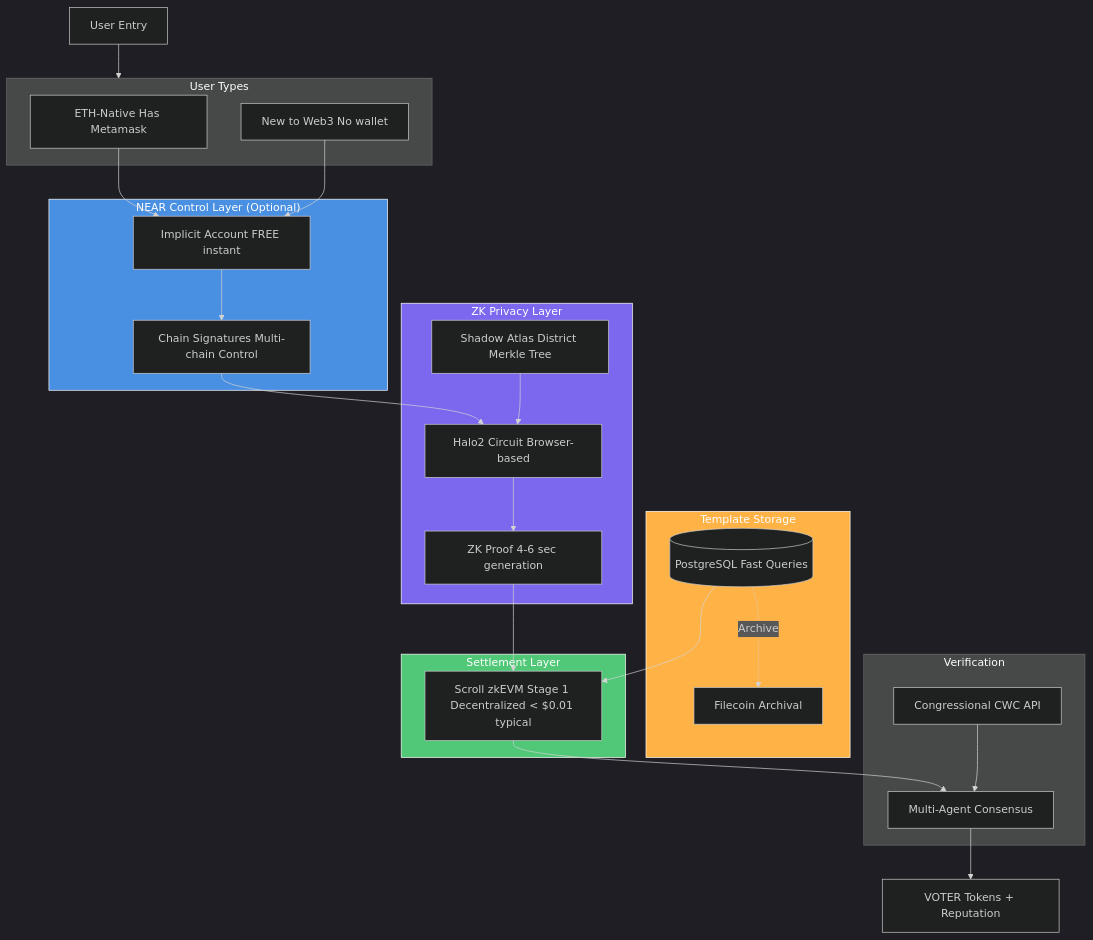
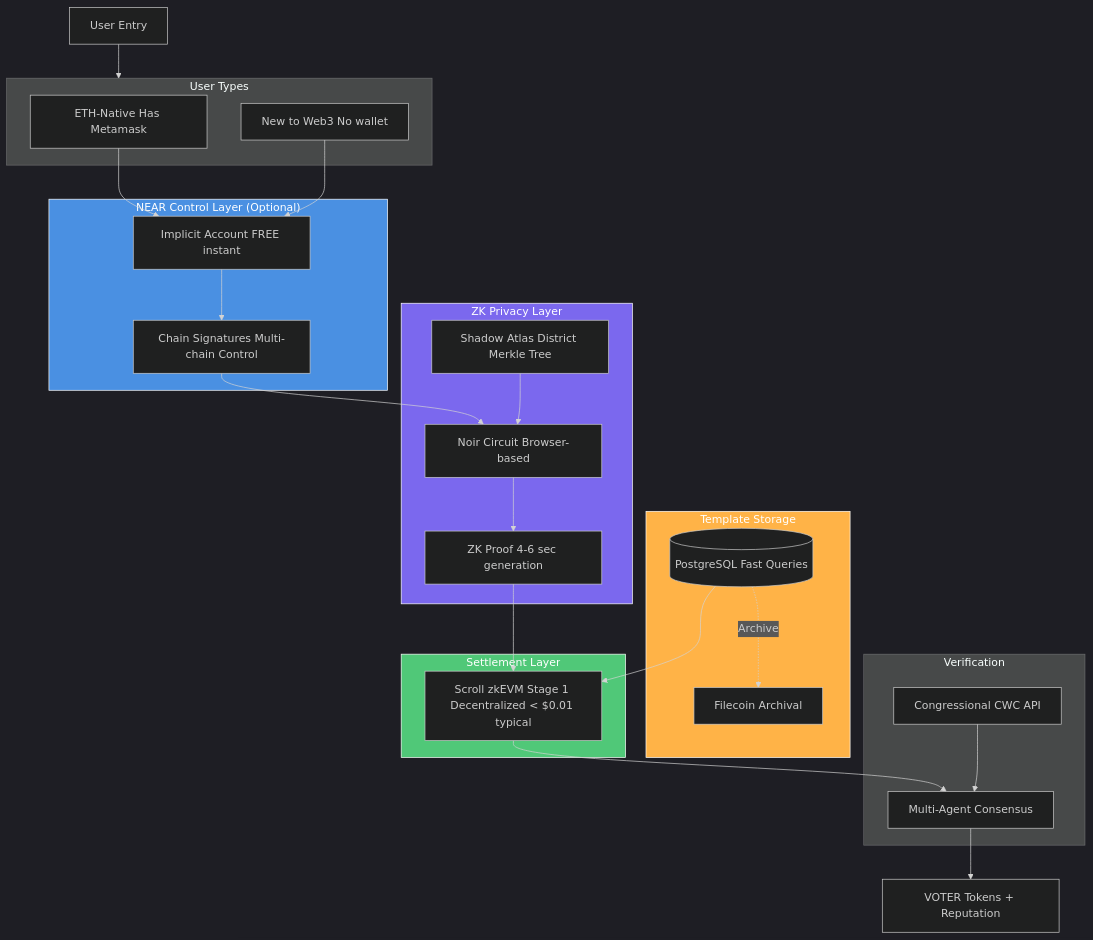
Before and after one commit to communisaas/voter-protocol: the first of 9 diagrams in ARCHITECTURE.md, drawn with Mermaid. The commit also changed other lines of this file and 7 other files, not shown here.

````diff
--- a/ARCHITECTURE.md
+++ b/ARCHITECTURE.md
@@ -76,59 +76,59 @@
 ```mermaid
 %%{init: {'theme':'dark', 'themeVariables': { 'primaryTextColor':'#fff', 'secondaryTextColor':'#fff', 'tertiaryTextColor':'#fff'}}}%%
 flowchart TB
     User[User Entry]
 
     subgraph Entry["User Types"]
         ETH[ETH-Native Has Metamask]
         New[New to Web3 No wallet]
     end
 
     subgraph NEAR["NEAR Control Layer (Optional)"]
         Account[Implicit Account FREE instant]
         ChainSig[Chain Signatures Multi-chain Control]
     end
 
     subgraph Privacy["ZK Privacy Layer"]
         Atlas[Shadow Atlas District Merkle Tree]
-        Circuit[Halo2 Circuit Browser-based]
+        Circuit[Noir Circuit Browser-based]
         Proof[ZK Proof 4-6 sec generation]
     end
 
     subgraph Storage["Template Storage"]
         PG[(PostgreSQL Fast Queries)]
         FC[Filecoin Archival]
     end
 
     subgraph Settlement["Settlement Layer"]
         Scroll[Scroll zkEVM Stage 1 Decentralized < $0.01 typical]
     end
 
     subgraph Verify["Verification"]
         CWC[Congressional CWC API]
         Agents[Multi-Agent Consensus]
     end
 
     User --> Entry
     ETH --> Account
     New --> Account
 
     Account --> ChainSig
     ChainSig --> Circuit
     Atlas --> Circuit
     Circuit --> Proof
 
     Proof --> Scroll
 
     PG --> Scroll
     PG -.Archive.-> FC
 
     Scroll --> Agents
     CWC --> Agents
 
     Agents --> Rewards[VOTER Tokens + Reputation]
 
     style NEAR fill:#4A90E2,stroke:#fff,color:#fff
     style Privacy fill:#7B68EE,stroke:#fff,color:#fff
     style Settlement fill:#50C878,stroke:#fff,color:#fff
     style Storage fill:#FFB347,stroke:#fff,color:#fff
 ```
````
